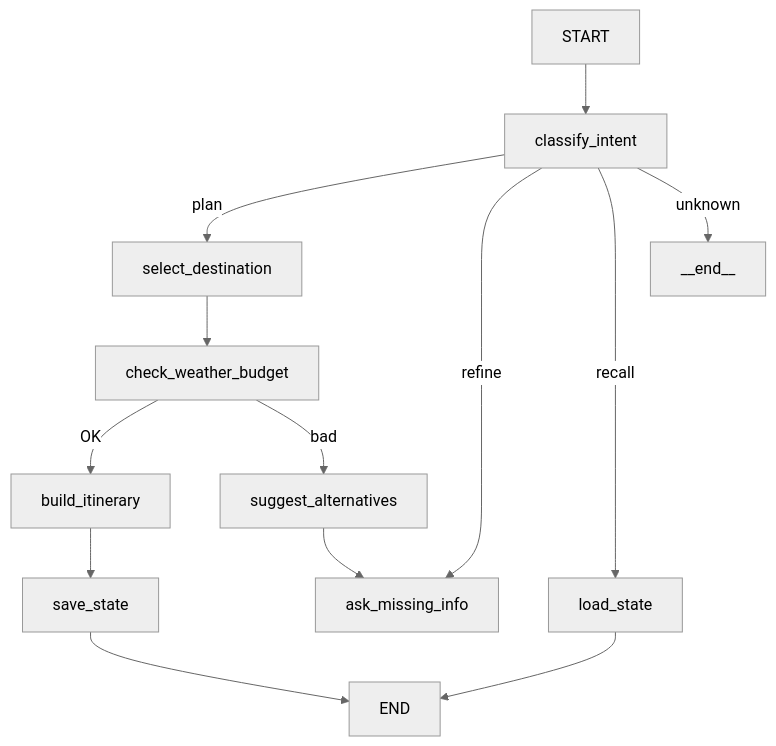
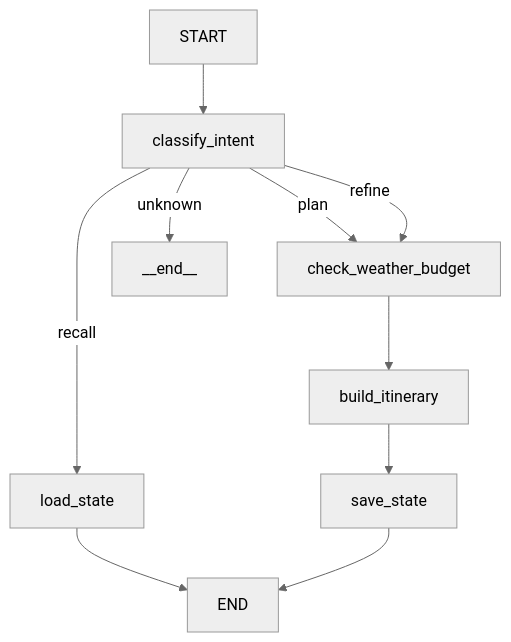
Before and after one commit to troshinvlaad/ai-agent: the diagram in README.md, drawn with Mermaid (neutral theme). The commit also changed other lines of this file and 3 other files, not shown here.

First line of the commit message:
refactor: simplify agent architecture, fix bugs, improve state management

````diff
--- a/README.md
+++ b/README.md
@@ -22,15 +39,12 @@
 ```mermaid
 graph TD
     START --> classify_intent
-    classify_intent -->|plan| select_destination
-    classify_intent -->|refine| ask_missing_info
+    classify_intent -->|plan| check_weather_budget
+    classify_intent -->|refine| check_weather_budget
     classify_intent -->|recall| load_state
     classify_intent -->|unknown| __end__
-    select_destination --> check_weather_budget
-    check_weather_budget -->|OK| build_itinerary
-    check_weather_budget -->|bad| suggest_alternatives
-    suggest_alternatives --> ask_missing_info
+    check_weather_budget --> build_itinerary
     build_itinerary --> save_state
     load_state --> END
     save_state --> END
 ```
````
